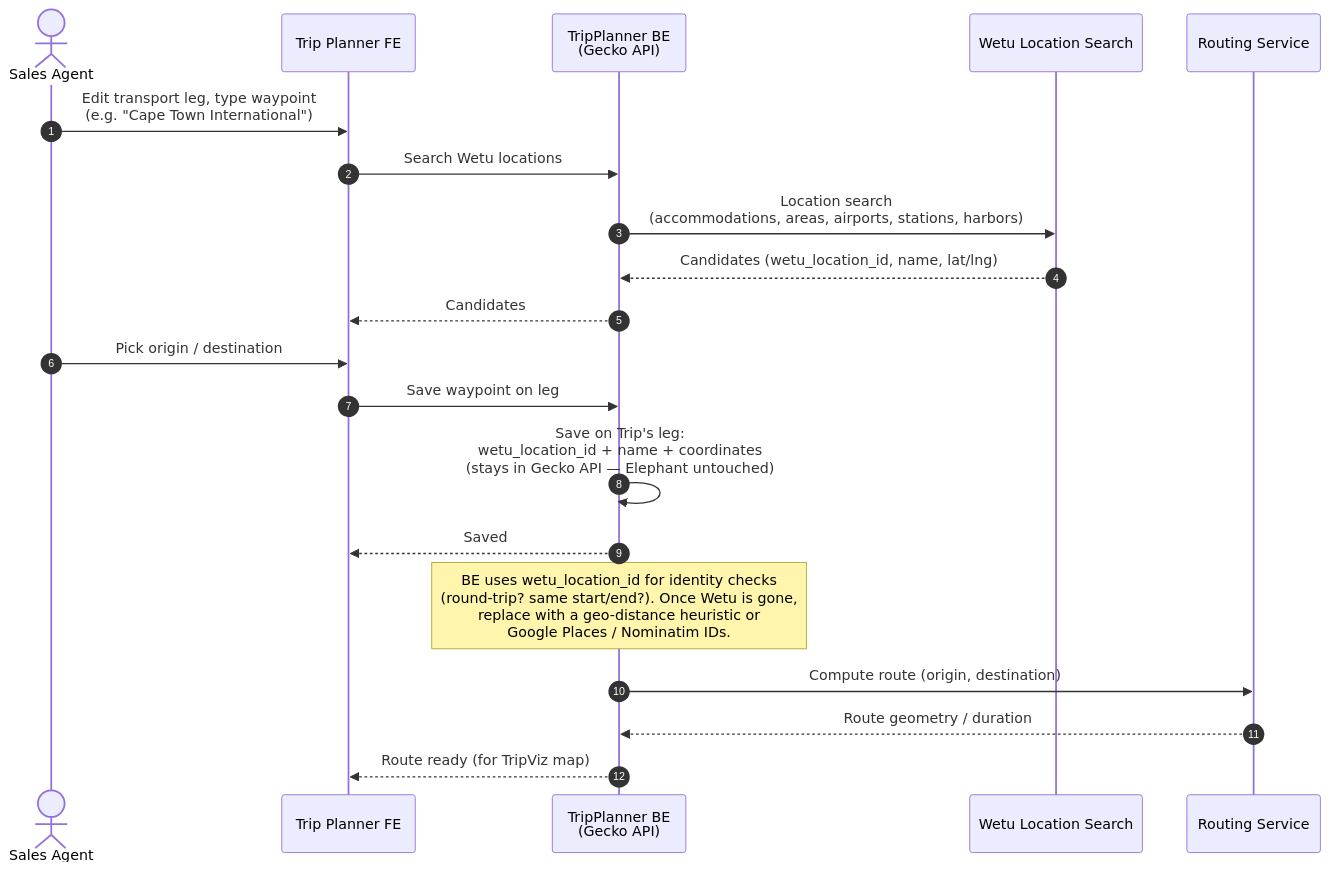
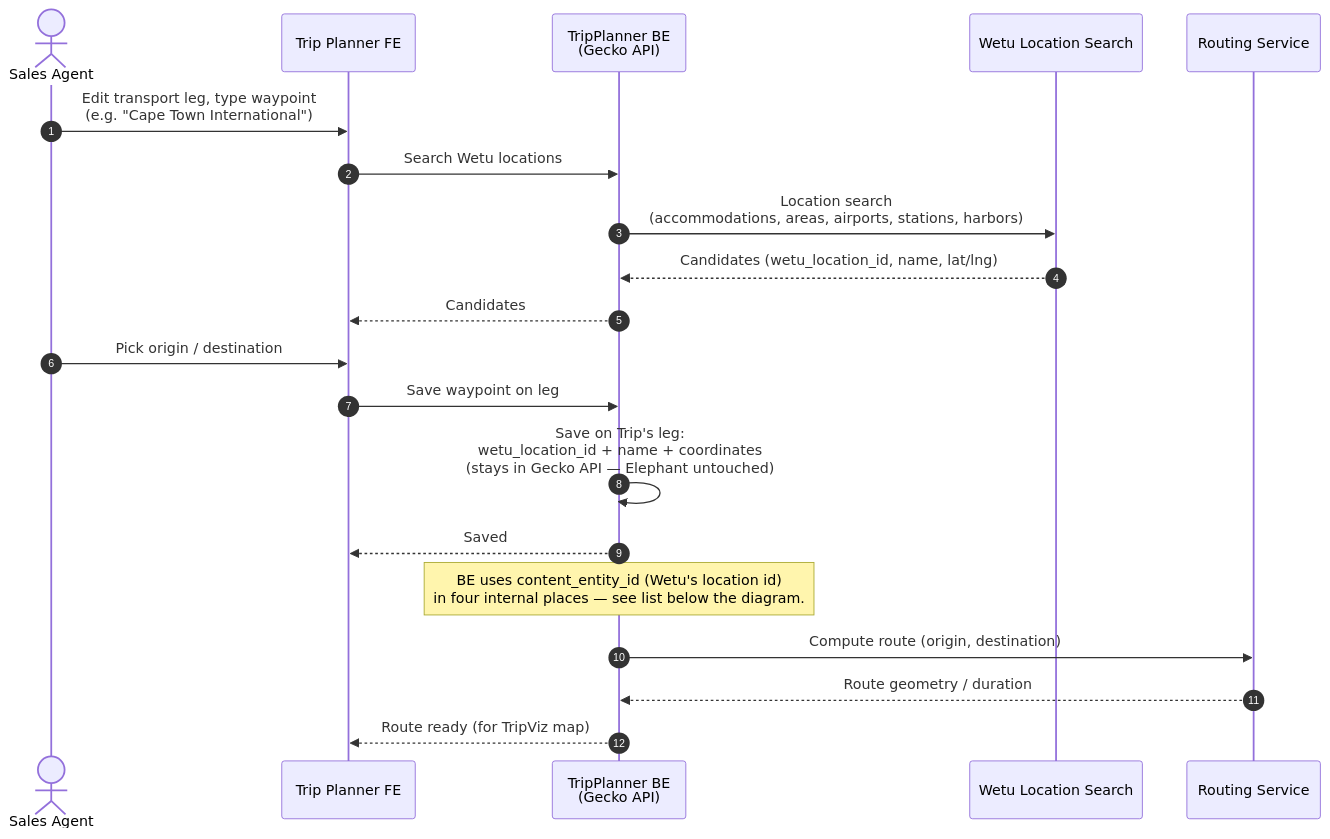
One commit to kliuchnikau-tourlane/ClaudeCowork changed the fifth of 5 diagrams in OUTPUTS/2026-04-24_TripPlannerWetu-sequence-diagrams/TripPlannerWetu_Documentation.md. Above: the diagram before and after it, drawn with Mermaid. The commit also changed other lines of this file, not shown here.

````diff
--- a/OUTPUTS/2026-04-24_TripPlannerWetu-sequence-diagrams/TripPlannerWetu_Documentation.md
+++ b/OUTPUTS/2026-04-24_TripPlannerWetu-sequence-diagrams/TripPlannerWetu_Documentation.md
@@ -244,26 +253,26 @@
 ```mermaid
 sequenceDiagram
     autonumber
     actor Agent as Sales Agent
     participant TP as Trip Planner FE
     participant BE as TripPlanner BE<br/>(Gecko API)
     participant Wetu as Wetu Location Search
     participant RS as Routing Service
 
     Agent->>TP: Edit transport leg, type waypoint<br/>(e.g. "Cape Town International")
     TP->>BE: Search Wetu locations
     BE->>Wetu: Location search<br/>(accommodations, areas, airports, stations, harbors)
     Wetu-->>BE: Candidates (wetu_location_id, name, lat/lng)
     BE-->>TP: Candidates
 
     Agent->>TP: Pick origin / destination
     TP->>BE: Save waypoint on leg
     BE->>BE: Save on Trip's leg:<br/>wetu_location_id + name + coordinates<br/>(stays in Gecko API — Elephant untouched)
     BE-->>TP: Saved
 
-    Note over BE: BE uses wetu_location_id for identity checks<br/>(round-trip? same start/end?). Once Wetu is gone,<br/>replace with a geo-distance heuristic or<br/>Google Places / Nominatim IDs.
+    Note over BE: BE uses content_entity_id (Wetu's location id)<br/>in four internal places — see list below the diagram.
 
     BE->>RS: Compute route (origin, destination)
     RS-->>BE: Route geometry / duration
     BE-->>TP: Route ready (for TripViz map)
 ```
````
